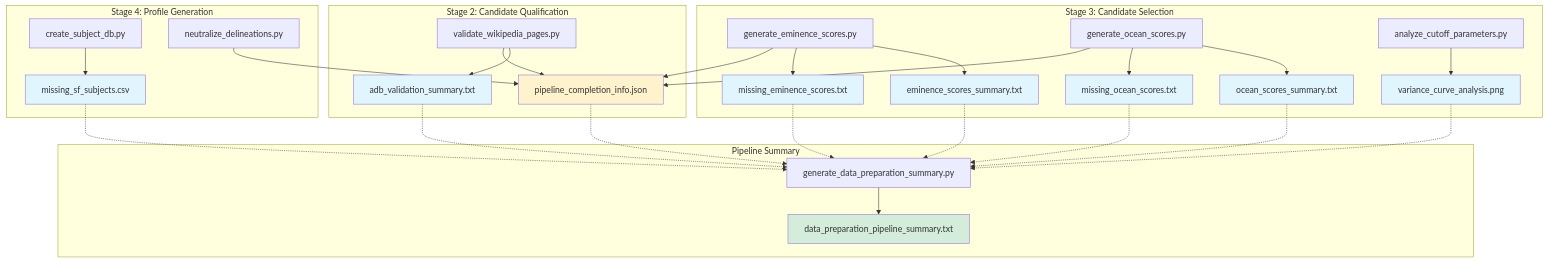
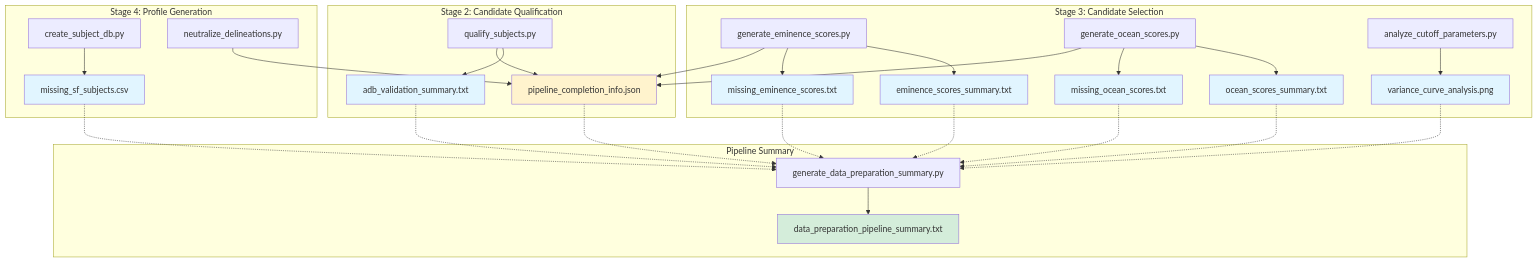
The diagram in docs/diagrams/flow_data_prep_reports.mmd (peterjmarko/llm-narrative-framework), drawn with Mermaid before and after one commit. The commit also changed 19 other files, not shown here.

```diff
--- a/docs/diagrams/flow_data_prep_reports.mmd
+++ b/docs/diagrams/flow_data_prep_reports.mmd
@@ -1,54 +1,54 @@
 flowchart TD
     subgraph Stage2["Stage 2: Candidate Qualification"]
-        S2_Script1[validate_wikipedia_pages.py]
+        S2_Script1[qualify_subjects.py]
         S2_Script1 --> R1[adb_validation_summary.txt]
         S2_Script1 --> R7[pipeline_completion_info.json]
     end
 
     subgraph Stage3["Stage 3: Candidate Selection"]
         S3_Script1[generate_eminence_scores.py]
         S3_Script2[generate_ocean_scores.py]
         S3_Script3[analyze_cutoff_parameters.py]
         
         S3_Script1 --> R2[eminence_scores_summary.txt]
         S3_Script1 --> R3[missing_eminence_scores.txt]
         S3_Script1 --> R7[pipeline_completion_info.json]
         
         S3_Script2 --> R4[ocean_scores_summary.txt]
         S3_Script2 --> R5[missing_ocean_scores.txt]
         S3_Script2 --> R7
         
         S3_Script3 --> R6[variance_curve_analysis.png]
     end
 
     subgraph Stage4["Stage 4: Profile Generation"]
         S4_Script1[create_subject_db.py]
         S4_Script2[neutralize_delineations.py]
         
         S4_Script1 --> R8[missing_sf_subjects.csv]
         S4_Script2 --> R7
     end
 
     subgraph Summary["Pipeline Summary"]
         S5_Script1[generate_data_preparation_summary.py]
         S5_Script1 --> R9[data_preparation_pipeline_summary.txt]
         
         R1 -.-> S5_Script1
         R2 -.-> S5_Script1
         R3 -.-> S5_Script1
         R4 -.-> S5_Script1
         R5 -.-> S5_Script1
         R6 -.-> S5_Script1
         R7 -.-> S5_Script1
         R8 -.-> S5_Script1
     end
 
     style R1 fill:#e1f5ff
     style R2 fill:#e1f5ff
     style R3 fill:#e1f5ff
     style R4 fill:#e1f5ff
     style R5 fill:#e1f5ff
     style R6 fill:#e1f5ff
     style R7 fill:#fff3cd
     style R8 fill:#e1f5ff
     style R9 fill:#d4edda
```
